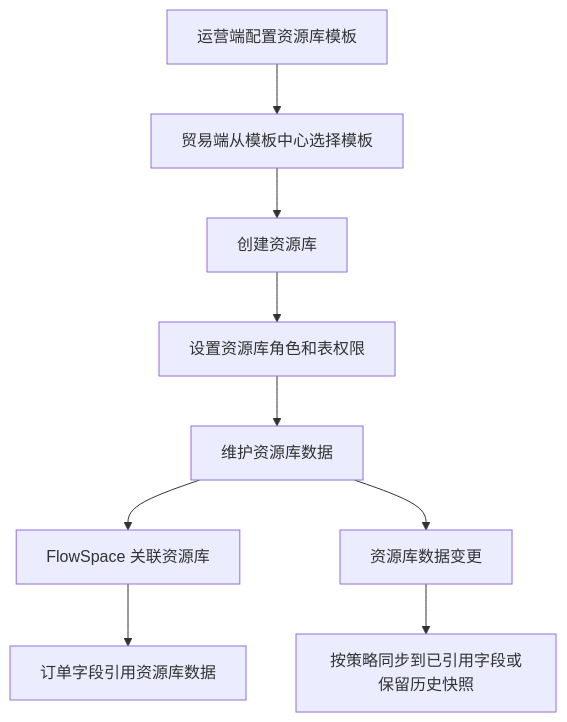
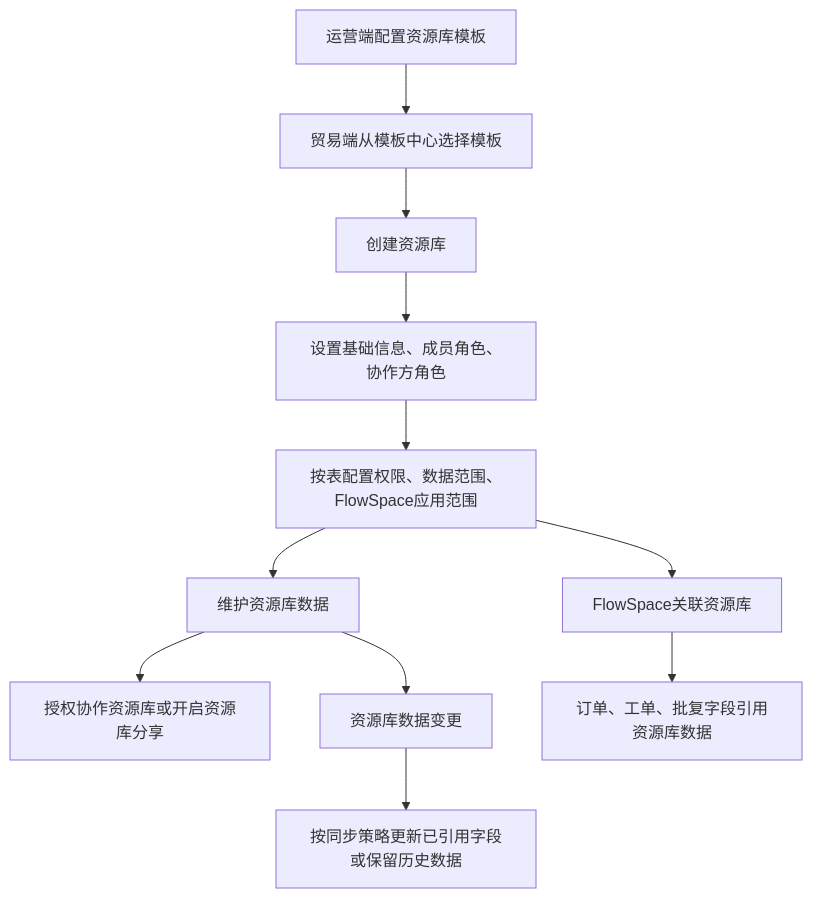
The diagram in content/docs/20-业务对象与数据模型/资源库.md (funlululu/linkincrease-pages), drawn with Mermaid before and after one commit. The commit also changed other lines of this file and 208 other files, not shown here.

````diff
--- a/content/docs/20-业务对象与数据模型/资源库.md
+++ b/content/docs/20-业务对象与数据模型/资源库.md
@@ -32,11 +33,13 @@
 ```mermaid
 flowchart TD
     A["运营端配置资源库模板"] --> B["贸易端从模板中心选择模板"]
     B --> C["创建资源库"]
-    C --> D["设置资源库角色和表权限"]
-    D --> E["维护资源库数据"]
-    E --> F["FlowSpace 关联资源库"]
-    F --> G["订单字段引用资源库数据"]
-    E --> H["资源库数据变更"]
-    H --> I["按策略同步到已引用字段或保留历史快照"]
+    C --> D["设置基础信息、成员角色、协作方角色"]
+    D --> E["按表配置权限、数据范围、FlowSpace应用范围"]
+    E --> F["维护资源库数据"]
+    F --> G["授权协作资源库或开启资源库分享"]
+    E --> H["FlowSpace关联资源库"]
+    H --> I["订单、工单、批复字段引用资源库数据"]
+    F --> J["资源库数据变更"]
+    J --> K["按同步策略更新已引用字段或保留历史数据"]
 ```
````
